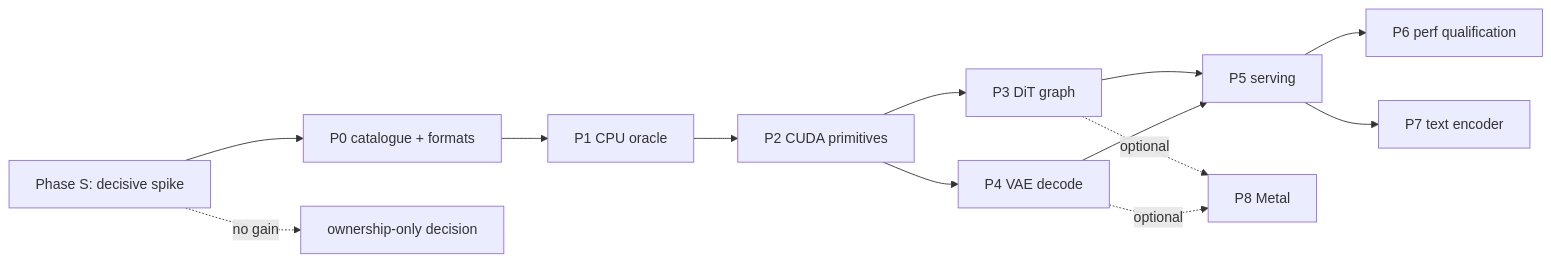
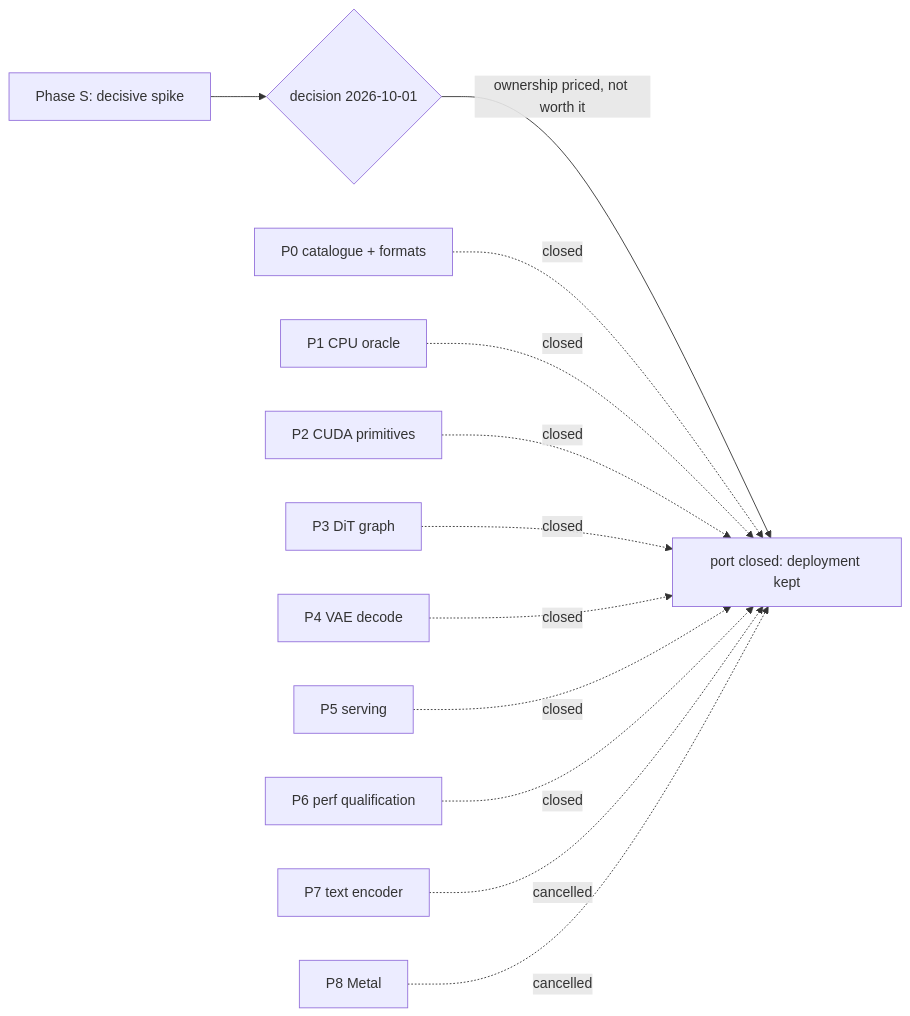
The diagram in docs/qwen-image-2.1-roadmap.md (JLFN/ds4-dfm-rs), drawn with Mermaid before and after one commit. The commit also changed other lines of this file and 4 other files, not shown here.

````diff
--- a/docs/qwen-image-2.1-roadmap.md
+++ b/docs/qwen-image-2.1-roadmap.md
@@ -72,15 +78,14 @@
 ```mermaid
 graph LR
-  S[Phase S: decisive spike] --> P0[P0 catalogue + formats]
-  S -.no gain.-> STOP[ownership-only decision]
-  P0 --> P1[P1 CPU oracle]
-  P1 --> P2[P2 CUDA primitives]
-  P2 --> P3[P3 DiT graph]
-  P2 --> P4[P4 VAE decode]
-  P3 --> P5[P5 serving]
-  P4 --> P5
-  P5 --> P6[P6 perf qualification]
-  P5 --> P7[P7 text encoder]
-  P3 -.optional.-> P8[P8 Metal]
-  P4 -.optional.-> P8
+  S[Phase S: decisive spike] --> D{decision 2026-10-01}
+  D -->|ownership priced, not worth it| STOP[port closed: deployment kept]
+  P0[P0 catalogue + formats] -.closed.-> STOP
+  P1[P1 CPU oracle] -.closed.-> STOP
+  P2[P2 CUDA primitives] -.closed.-> STOP
+  P3[P3 DiT graph] -.closed.-> STOP
+  P4[P4 VAE decode] -.closed.-> STOP
+  P5[P5 serving] -.closed.-> STOP
+  P6[P6 perf qualification] -.closed.-> STOP
+  P7[P7 text encoder] -.cancelled.-> STOP
+  P8[P8 Metal] -.cancelled.-> STOP
 ```
````
